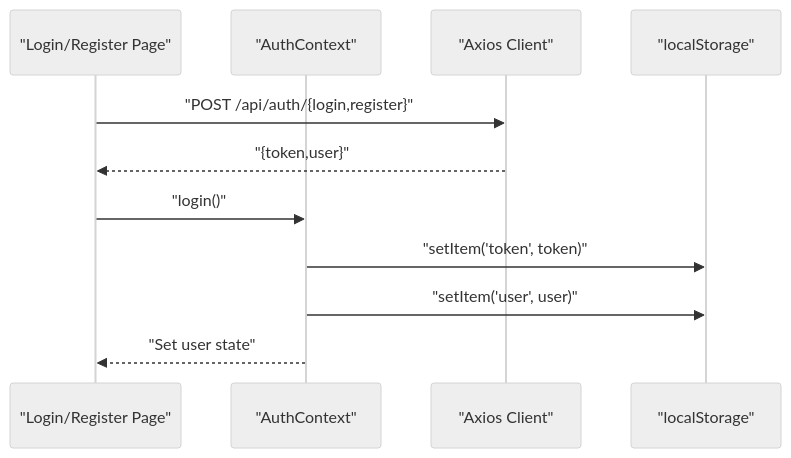
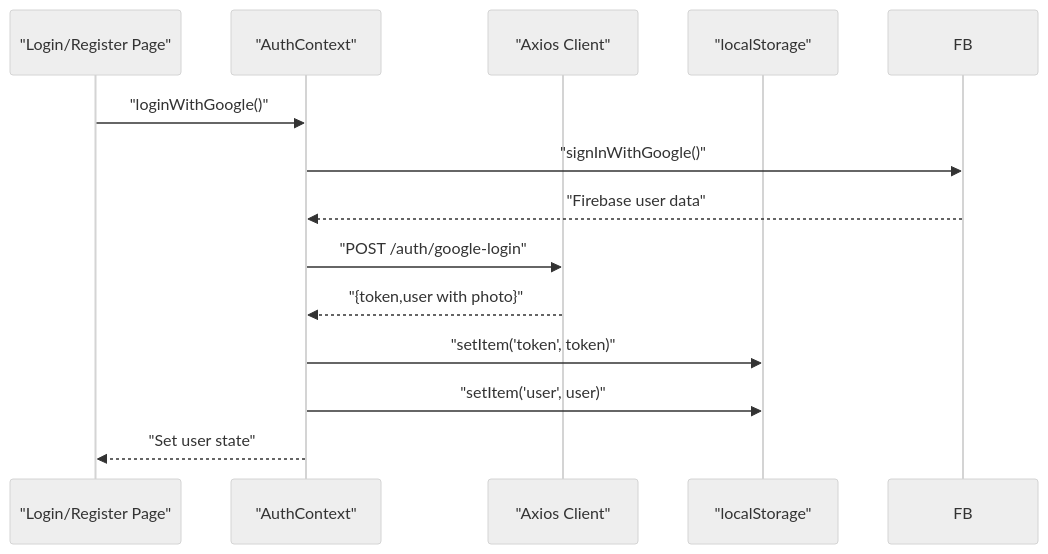
Before and after one commit to Pavan-PSPK9032/TrendsandToss: the sixth of 7 diagrams in .qoder/repowiki/en/content/Authentication & Authorization/Authentication & Authorization.md, drawn with Mermaid (neutral theme). The commit also changed other lines of this file and 5 other files, not shown here.

````diff
--- a/.qoder/repowiki/en/content/Authentication & Authorization/Authentication & Authorization.md
+++ b/.qoder/repowiki/en/content/Authentication & Authorization/Authentication & Authorization.md
@@ -244,13 +315,15 @@
 ```mermaid
 sequenceDiagram
 participant Page as "Login/Register Page"
 participant Ctx as "AuthContext"
 participant AX as "Axios Client"
 participant LS as "localStorage"
-Page->>AX : "POST /api/auth/{login,register}"
-AX-->>Page : "{token,user}"
-Page->>Ctx : "login()"
+Page->>Ctx : "loginWithGoogle()"
+Ctx->>FB : "signInWithGoogle()"
+FB-->>Ctx : "Firebase user data"
+Ctx->>AX : "POST /auth/google-login"
+AX-->>Ctx : "{token,user with photo}"
 Ctx->>LS : "setItem('token', token)"
 Ctx->>LS : "setItem('user', user)"
 Ctx-->>Page : "Set user state"
 ```
````
